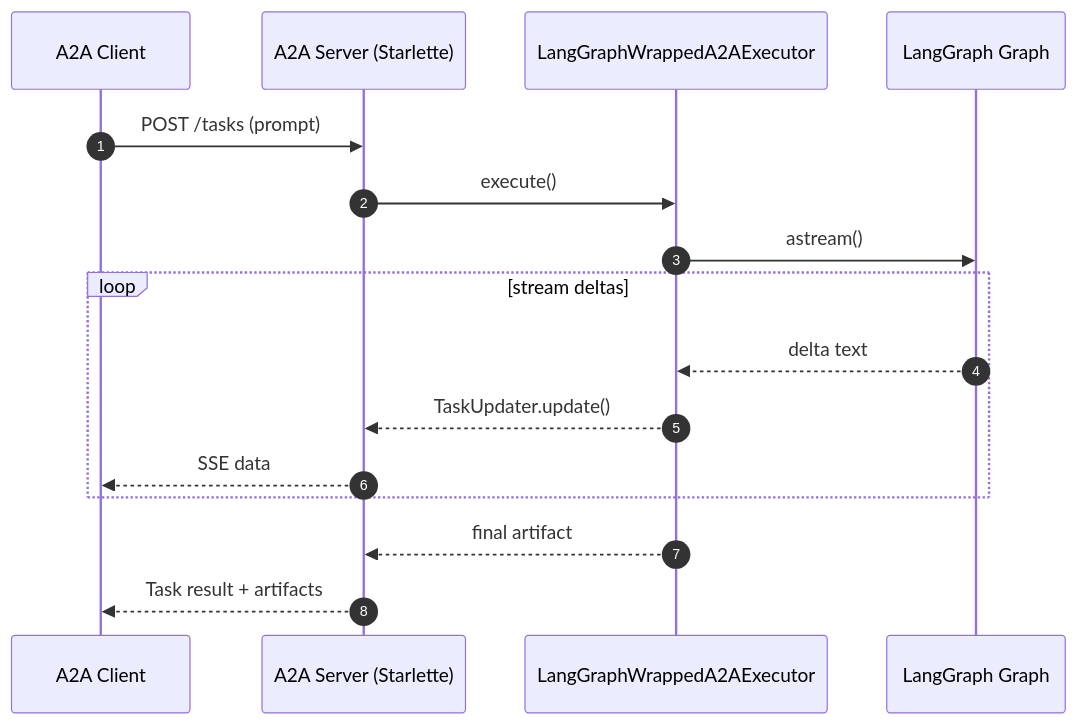
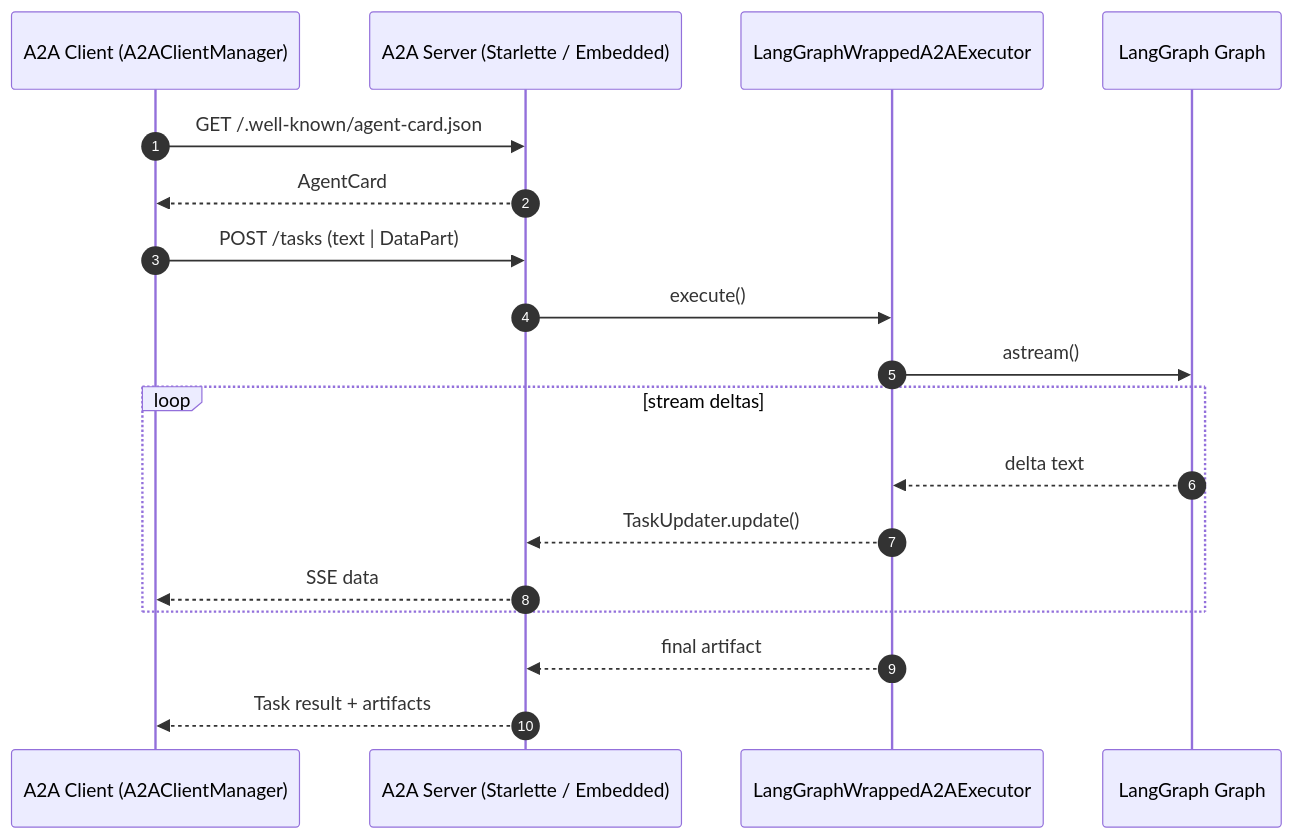
The diagram in docs/diagrams/step2_sequence.md (HyunjunJeon/FastCampus_MCP_A2A_Basic), drawn with Mermaid before and after one commit. The commit also changed 11 other files, not shown here.

Commit message:
docs: 단계별 구현 가이드 및 다이어그램 업데이트 - agentic_code_guide.md 추가 및 포트 정보 수정

````diff
--- a/docs/diagrams/step2_sequence.md
+++ b/docs/diagrams/step2_sequence.md
@@ -5,19 +5,21 @@
 ```mermaid
 sequenceDiagram
     autonumber
-    participant Client as A2A Client
-    participant Server as A2A Server (Starlette)
+    participant Client as A2A Client (A2AClientManager)
+    participant Server as A2A Server (Starlette / Embedded)
     participant Exec as LangGraphWrappedA2AExecutor
     participant Graph as LangGraph Graph
 
-    Client->>Server: POST /tasks (prompt)
+    Client->>Server: GET /.well-known/agent-card.json
+    Server-->>Client: AgentCard
+    Client->>Server: POST /tasks (text | DataPart)
     Server->>Exec: execute()
     Exec->>Graph: astream()
     loop stream deltas
       Graph-->>Exec: delta text
       Exec-->>Server: TaskUpdater.update()
       Server-->>Client: SSE data
     end
     Exec-->>Server: final artifact
     Server-->>Client: Task result + artifacts
 ```
````
